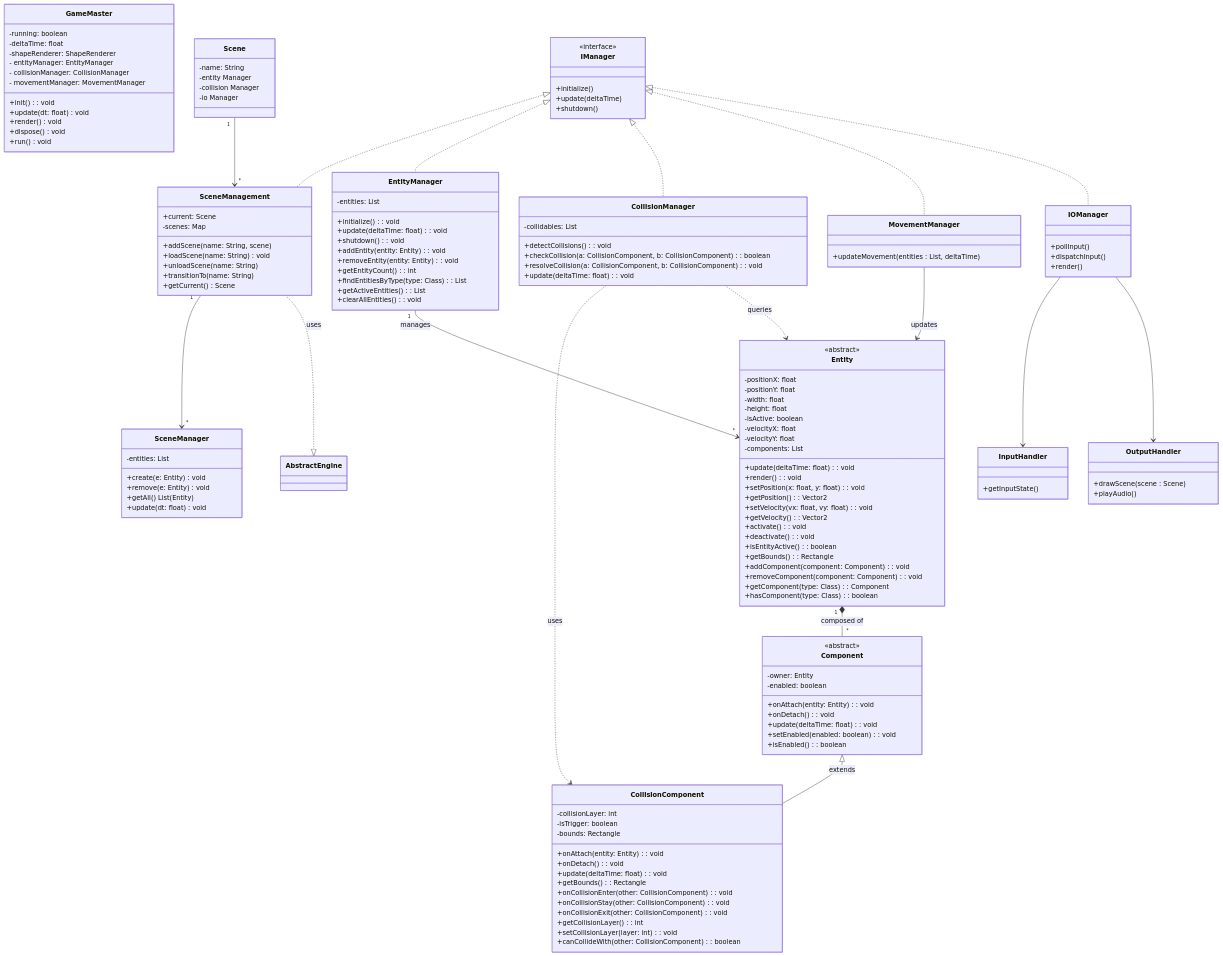
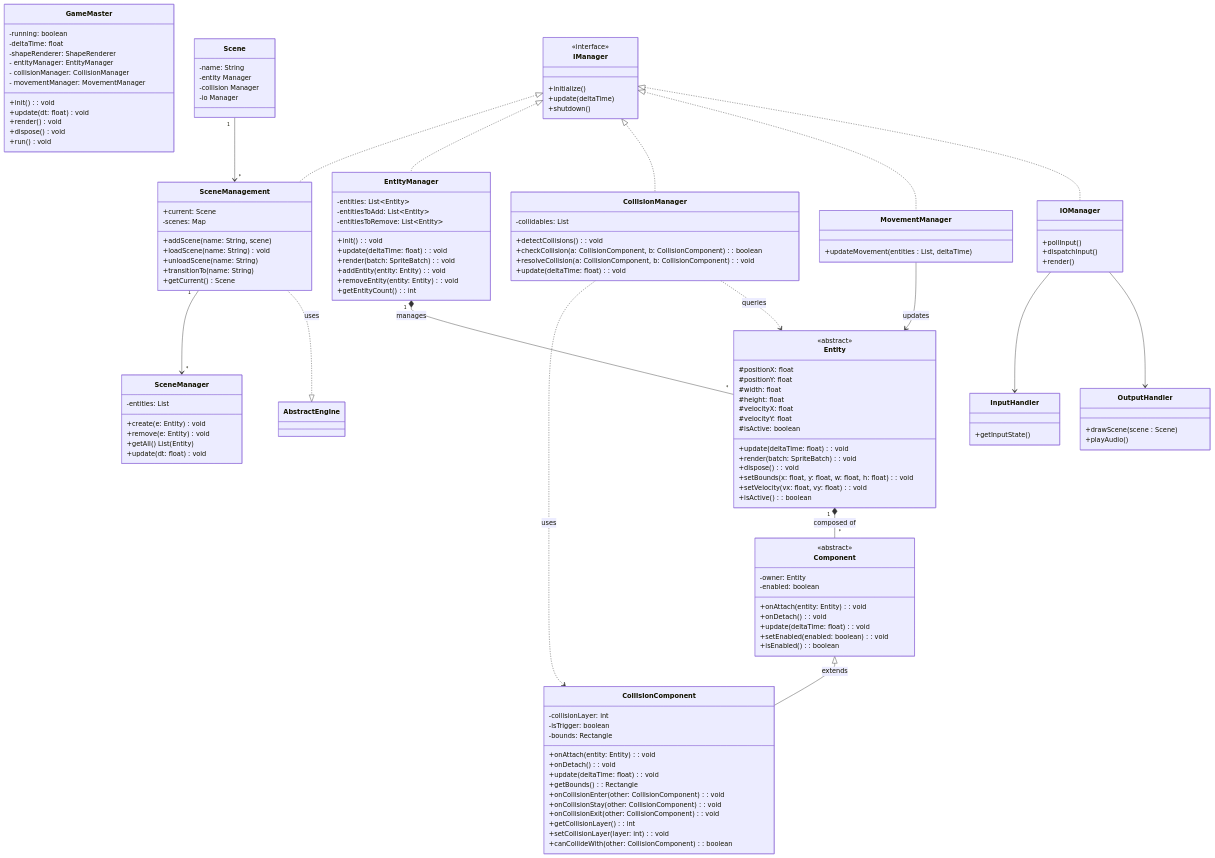
Before and after one commit to limxinchian/OOP-UML: the diagram in classDiagram.mmd, drawn with Mermaid.

Commit message:
Refactor EntityManager and Entity class definitions

```diff
--- a/classDiagram.mmd
+++ b/classDiagram.mmd
@@ -1,186 +1,177 @@
 classDiagram
     %% ============================
     %% Core Engine
     %% ============================
     class GameMaster {
         -running: boolean
         -deltaTime: float
         -shapeRenderer: ShapeRenderer
         - entityManager: EntityManager         
         - collisionManager: CollisionManager   
         - movementManager: MovementManager
 
         +init(): void
         +update(dt: float) void
         +render() void
         +dispose() void
         +run() void
     }
 
     class IManager {
         <<interface>>
         +initialize()
         +update(deltaTime)
         +shutdown()
     }
 
     IManager <|.. SceneManagement
     IManager <|.. EntityManager
     IManager <|.. CollisionManager
     IManager <|.. MovementManager
     IManager <|.. IOManager
 
     %% ============================
     %% Scene Management
     %% ============================
     class SceneManagement {
         +current: Scene
         -scenes: Map<String, Scene>
         +addScene(name: String, scene)
         +loadScene(name: String) void
         +unloadScene(name: String)
         +transitionTo(name: String)
         +getCurrent() Scene
     }
 
     class SceneManager {
         -entities: List<Entity>
         +create(e: Entity) void
         +remove(e: Entity) void
         +getAll() List(Entity)
         +update(dt: float) void
     }
 
     class Scene {
         -name: String
         -entity Manager
         -collision Manager
         -io Manager
     }
 
     SceneManagement "1" --> "*" SceneManager
     Scene "1" --> "*" SceneManagement
     SceneManagement ..|> AbstractEngine: uses
 
     %% ============================
     %% Entity & Component Model
     %% ============================
     class EntityManager {
-    -entities: List<Entity>
-    
-    +initialize(): void
-    +update(deltaTime: float): void
-    +shutdown(): void
-    +addEntity(entity: Entity): void
-    +removeEntity(entity: Entity): void
-    +getEntityCount(): int
-    +findEntitiesByType(type: Class): List<Entity>
-    +getActiveEntities(): List<Entity>
-    +clearAllEntities(): void
-}
+        -entities: List~Entity~
+        -entitiesToAdd: List~Entity~
+        -entitiesToRemove: List~Entity~
+        
+        +init(): void
+        +update(deltaTime: float): void
+        +render(batch: SpriteBatch): void
+        +addEntity(entity: Entity): void
+        +removeEntity(entity: Entity): void
+        +getEntityCount(): int
+    }
 
    class Entity {
-    <<abstract>>
-    -positionX: float
-    -positionY: float
-    -width: float
-    -height: float
-    -isActive: boolean
-    -velocityX: float
-    -velocityY: float
-    -components: List<Component>
-    
-    +update(deltaTime: float): void
-    +render(): void
-    +setPosition(x: float, y: float): void
-    +getPosition(): Vector2
-    +setVelocity(vx: float, vy: float): void
-    +getVelocity(): Vector2
-    +activate(): void
-    +deactivate(): void
-    +isEntityActive(): boolean
-    +getBounds(): Rectangle
-    +addComponent(component: Component): void
-    +removeComponent(component: Component): void
-    +getComponent(type: Class): Component
-    +hasComponent(type: Class): boolean
-}
+        <<abstract>>
+        #positionX: float
+        #positionY: float
+        #width: float
+        #height: float
+        #velocityX: float
+        #velocityY: float
+        #isActive: boolean
+        
+        +update(deltaTime: float): void
+        +render(batch: SpriteBatch): void
+        +dispose(): void
+        +setBounds(x: float, y: float, w: float, h: float): void
+        +setVelocity(vx: float, vy: float): void
+        +isActive(): boolean
+    }
 
-    EntityManager "1" --> "*" Entity : manages
+    %% Relationship: Manager owns Entity
+    EntityManager "1" *-- "*" Entity : manages
 
     class Component {
     <<abstract>>
     -owner: Entity
     -enabled: boolean
     
     +onAttach(entity: Entity): void
     +onDetach(): void
     +update(deltaTime: float): void
     +setEnabled(enabled: boolean): void
     +isEnabled(): boolean
 }
 
 class CollisionComponent {
     -collisionLayer: int
     -isTrigger: boolean
     -bounds: Rectangle
     
     +onAttach(entity: Entity): void
     +onDetach(): void
     +update(deltaTime: float): void
     +getBounds(): Rectangle
     +onCollisionEnter(other: CollisionComponent): void
     +onCollisionStay(other: CollisionComponent): void
     +onCollisionExit(other: CollisionComponent): void
     +getCollisionLayer(): int
     +setCollisionLayer(layer: int): void
     +canCollideWith(other: CollisionComponent): boolean
 }
 
 Component <|-- CollisionComponent : extends
 
     Entity "1" *-- "*" Component : composed of
 
     %% ============================
     %% Collision Management
     %% ============================
 
     class CollisionManager {
     -collidables: List<CollisionComponent>
     +detectCollisions(): void
     +checkCollision(a: CollisionComponent, b: CollisionComponent): boolean
     +resolveCollision(a: CollisionComponent, b: CollisionComponent): void
     +update(deltaTime: float): void
 }
 
     CollisionManager ..> CollisionComponent : uses
     CollisionManager ..> Entity : queries
     %% ============================
     %% Movement Management
     %% ============================
     class MovementManager {
         +updateMovement(entities : List, deltaTime)
     }
 
     MovementManager --> Entity : updates
 
     %% ============================
     %% Input / Output Management
     %% ============================
     class IOManager {
         +pollInput()
         +dispatchInput()
         +render()
     }
 
     class InputHandler {
         +getInputState()
     }
 
     class OutputHandler {
         +drawScene(scene : Scene)
         +playAudio()
     }
 
     IOManager --> InputHandler
     IOManager --> OutputHandler
```
